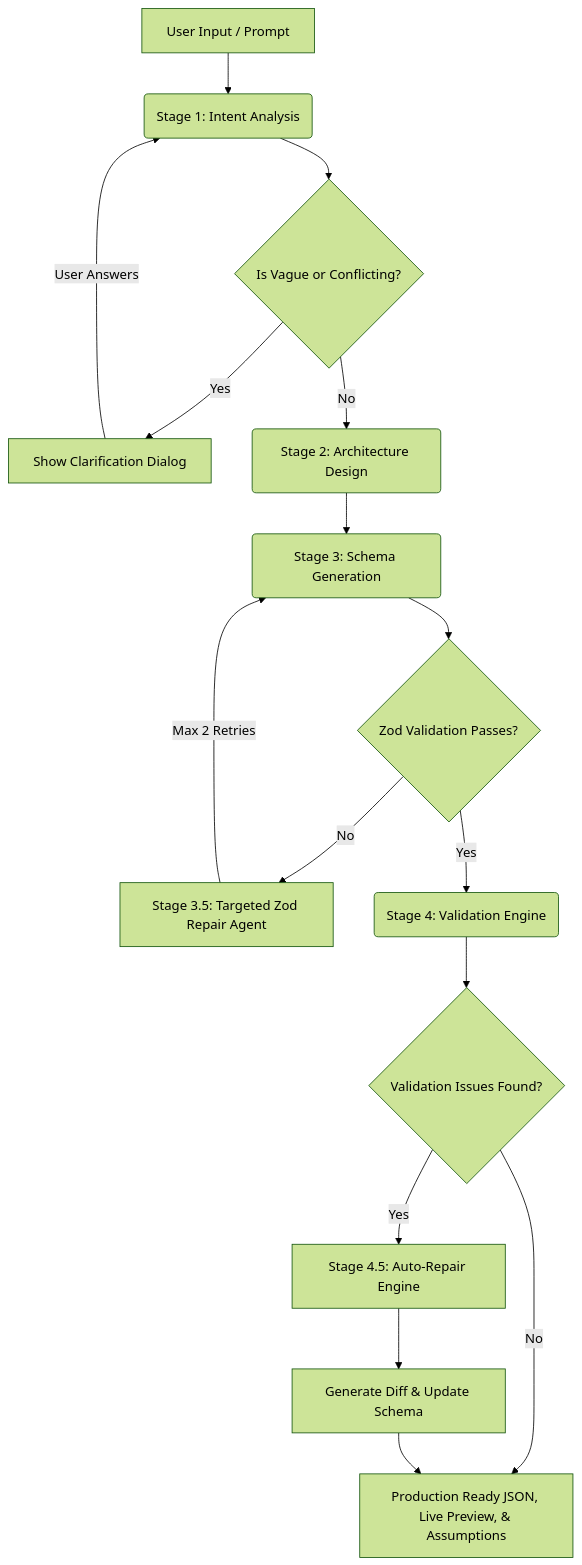
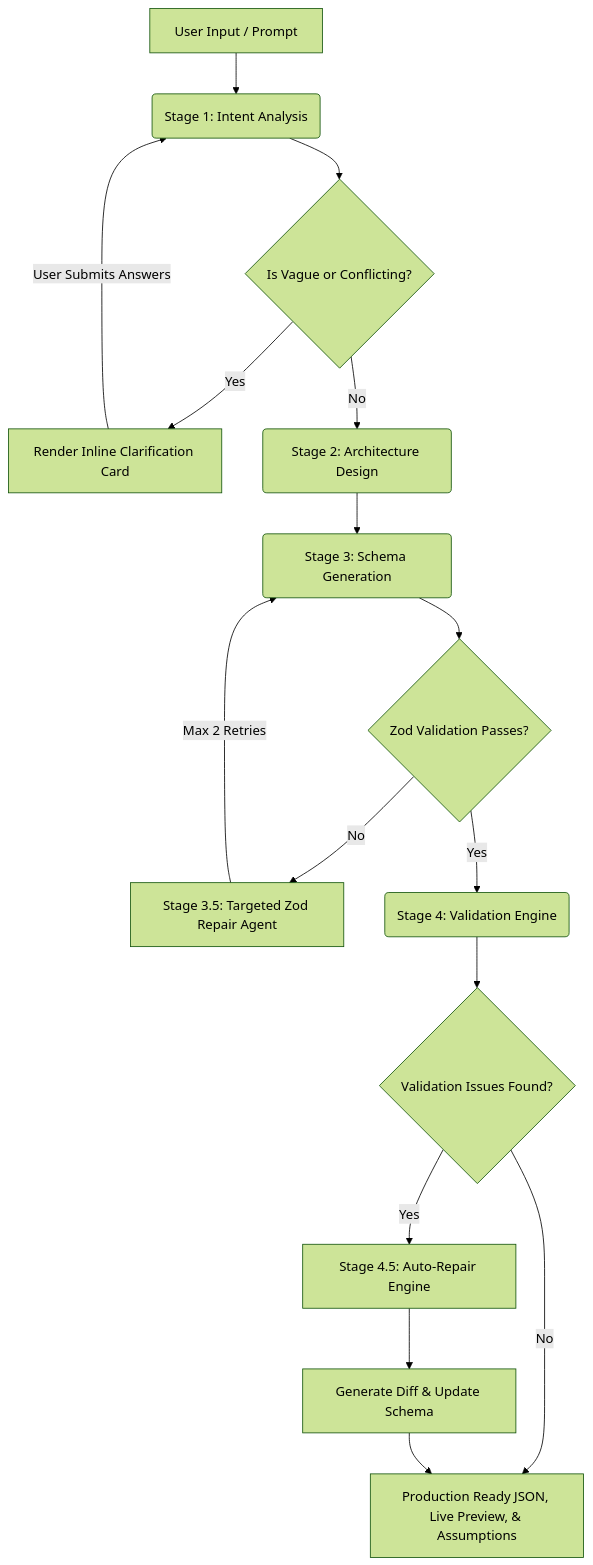
The diagram in README.md (rehanhub-06/genesis), drawn with Mermaid (forest theme) before and after one commit. The commit also changed other lines of this file, not shown here.

````diff
--- a/README.md
+++ b/README.md
@@ -30,18 +30,18 @@
 ```mermaid
 graph TD
     A[User Input / Prompt] --> B(Stage 1: Intent Analysis)
     B --> C{Is Vague or Conflicting?}
-    C -- Yes --> D[Show Clarification Dialog]
-    D --> |User Answers| B
+    C -- Yes --> D[Render Inline Clarification Card]
+    D --> |User Submits Answers| B
     C -- No --> E(Stage 2: Architecture Design)
     E --> F(Stage 3: Schema Generation)
     F --> G{Zod Validation Passes?}
     G -- No --> H[Stage 3.5: Targeted Zod Repair Agent]
     H --> |Max 2 Retries| F
     G -- Yes --> I(Stage 4: Validation Engine)
     I --> J{Validation Issues Found?}
     J -- Yes --> K[Stage 4.5: Auto-Repair Engine]
     K --> L[Generate Diff & Update Schema]
     J -- No --> M[Production Ready JSON, Live Preview, & Assumptions]
     L --> M
 ```
````
